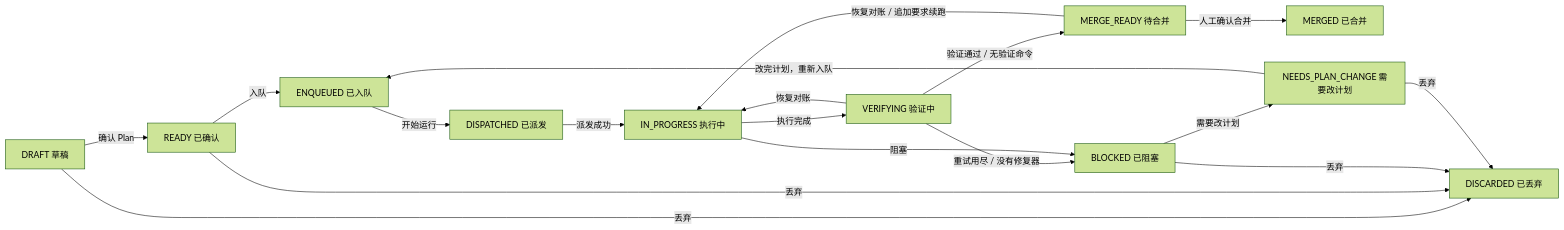
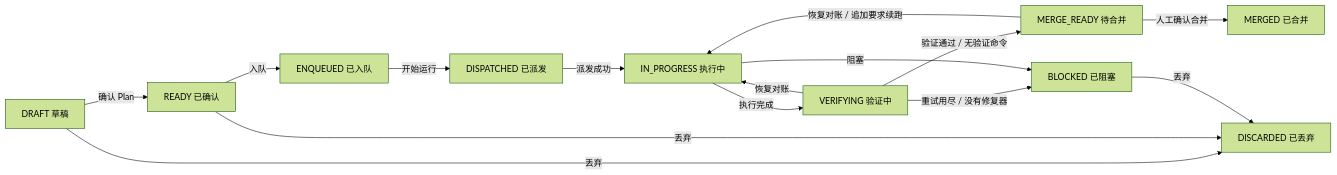
The third of 10 diagrams in docs/消息类型及事件状态机流程图.md (DigitalMarsh/pipeline-factory), drawn with Mermaid (forest theme) before and after one commit. The commit also changed other lines of this file and 43 other files, not shown here.

````diff
--- a/docs/消息类型及事件状态机流程图.md
+++ b/docs/消息类型及事件状态机流程图.md
@@ -637,20 +637,17 @@
 ```mermaid
 flowchart LR
   D["DRAFT 草稿"] -->|"确认 Plan"| RD["READY 已确认"]
   D -->|"丢弃"| DS["DISCARDED 已丢弃"]
   RD -->|"入队"| EQ["ENQUEUED 已入队"]
   EQ -->|"开始运行"| DP["DISPATCHED 已派发"]
   DP -->|"派发成功"| IP["IN_PROGRESS 执行中"]
   IP -->|"执行完成"| VF["VERIFYING 验证中"]
   VF -->|"验证通过 / 无验证命令"| MR["MERGE_READY 待合并"]
   VF -->|"重试用尽 / 没有修复器"| BL["BLOCKED 已阻塞"]
   MR -->|"人工确认合并"| MG["MERGED 已合并"]
   IP -->|"阻塞"| BL
-  BL -->|"需要改计划"| NP["NEEDS_PLAN_CHANGE 需要改计划"]
-  NP -->|"改完计划，重新入队"| EQ
   VF -->|"恢复对账"| IP
   MR -->|"恢复对账 / 追加要求续跑"| IP
   RD -->|"丢弃"| DS
   BL -->|"丢弃"| DS
-  NP -->|"丢弃"| DS
 ```
````
